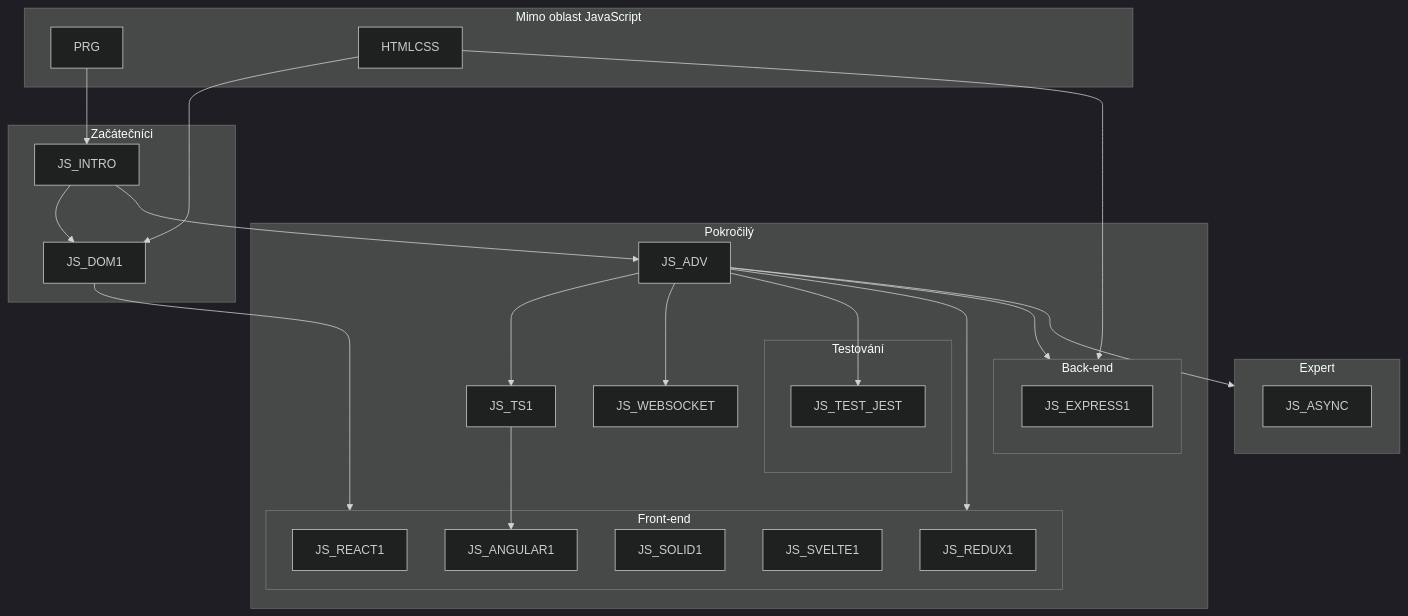
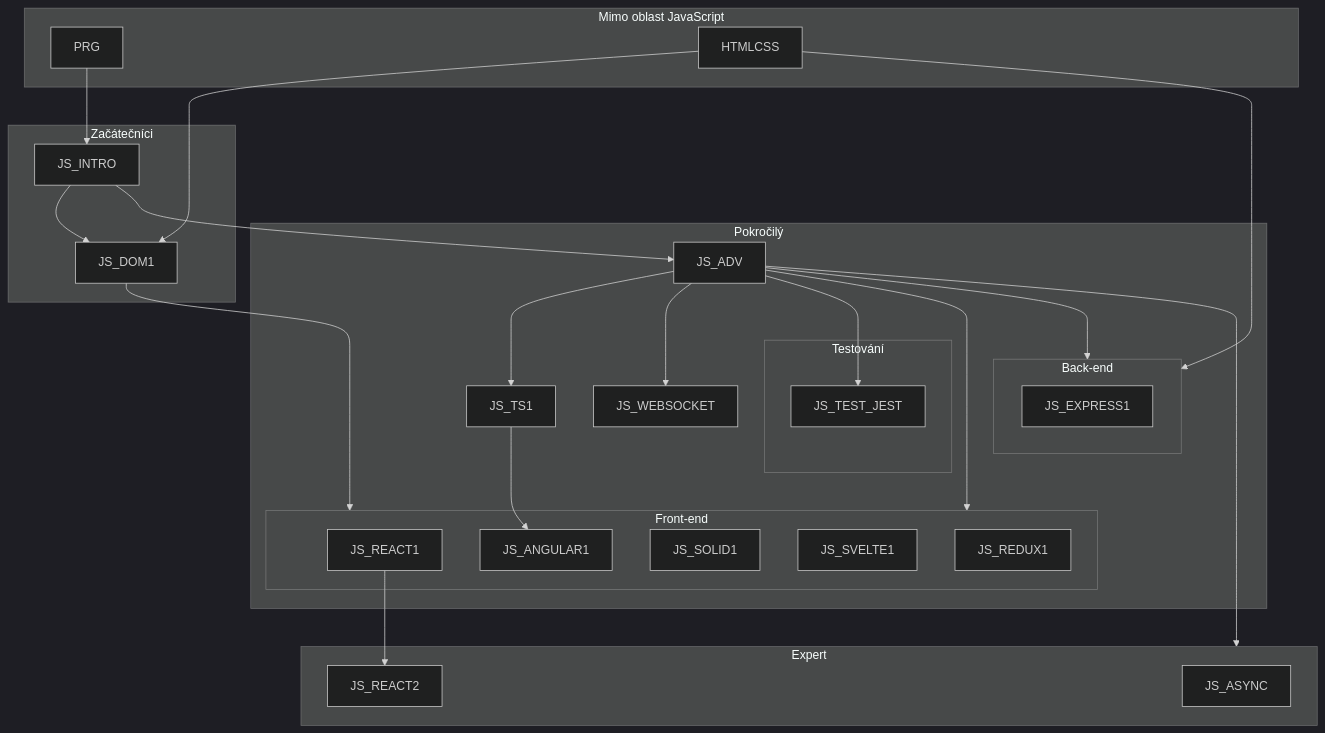
The diagram in map.md (mbradic/gopas-osnovy), drawn with Mermaid (dark theme) before and after one commit. The commit also changed 1 other file, not shown here.

Commit message:
Přidán kurz JS_REACT2

````diff
--- a/map.md
+++ b/map.md
@@ -3,53 +3,56 @@
 ```mermaid
 graph TD
     subgraph Mimo oblast JavaScript
         PRG
         HTMLCSS
     end
     subgraph Začátečníci
         JS_INTRO
         JS_DOM1
     end
     subgraph Pokročilý
         JS_ADV
         JS_TS1
         subgraph Front-end
             JS_REACT1
             JS_ANGULAR1
             JS_SOLID1
             JS_SVELTE1
             JS_REDUX1            
         end
         subgraph Back-end
             JS_EXPRESS1
         end
         subgraph Testování
             JS_TEST_JEST
         end
         JS_WEBSOCKET
     end
     subgraph Expert
         JS_ASYNC
+        JS_REACT2
     end
 
     PRG --> JS_INTRO
     HTMLCSS --> JS_DOM1
     
     JS_DOM1 --> Front-end
     JS_ADV  --> Front-end
 
     HTMLCSS --> Back-end
     JS_ADV  --> Back-end
     
     JS_ADV --> Expert
     
     JS_INTRO --> JS_DOM1
     JS_INTRO --> JS_ADV
     
     JS_ADV --> JS_TS1
     JS_TS1 --> JS_ANGULAR1
     
     JS_ADV --> JS_WEBSOCKET
 
     JS_ADV --> JS_TEST_JEST
+
+    JS_REACT1 --> JS_REACT2
 ```
````
